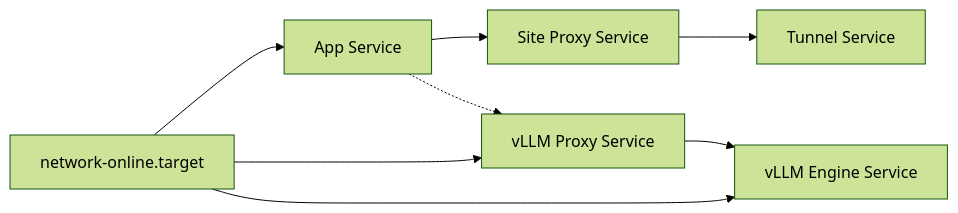
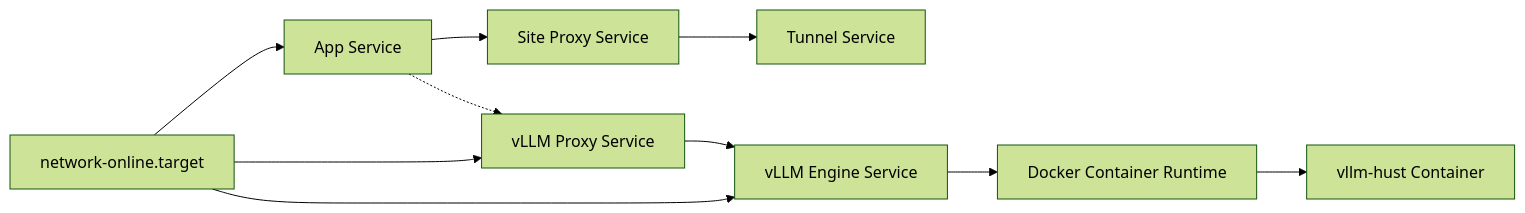
One commit to intellistream/sage-mate changed the ninth of 9 diagrams in .qoder/repowiki/en/content/Deployment and Operations/Systemd Services.md. Above: the diagram before and after it, drawn with Mermaid (forest theme). The commit also changed other lines of this file and 136 other files, not shown here.

First line of the commit message:
chore: source updates, bidirectional link graph, data and repowiki refresh

````diff
--- a/.qoder/repowiki/en/content/Deployment and Operations/Systemd Services.md
+++ b/.qoder/repowiki/en/content/Deployment and Operations/Systemd Services.md
@@ -475,10 +499,12 @@
 ```mermaid
 graph LR
 NET["network-online.target"] --> APP["App Service"]
 APP --> SITE["Site Proxy Service"]
 SITE --> TUNNEL["Tunnel Service"]
 NET --> VLLM_PROXY["vLLM Proxy Service"]
 NET --> VLLM_ENGINE["vLLM Engine Service"]
 VLLM_PROXY --> VLLM_ENGINE
 APP -.-> VLLM_PROXY
+VLLM_ENGINE --> DOCKER["Docker Container Runtime"]
+DOCKER --> CONTAINER["vllm-hust Container"]
 ```
````
